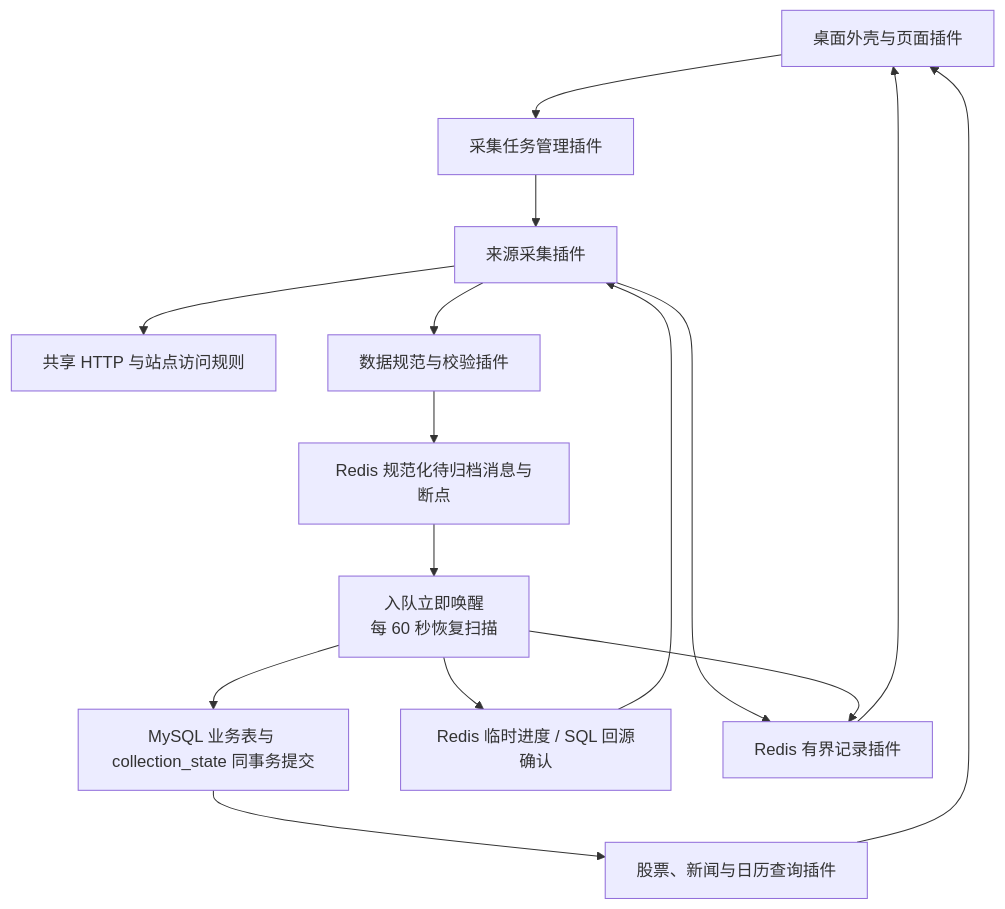
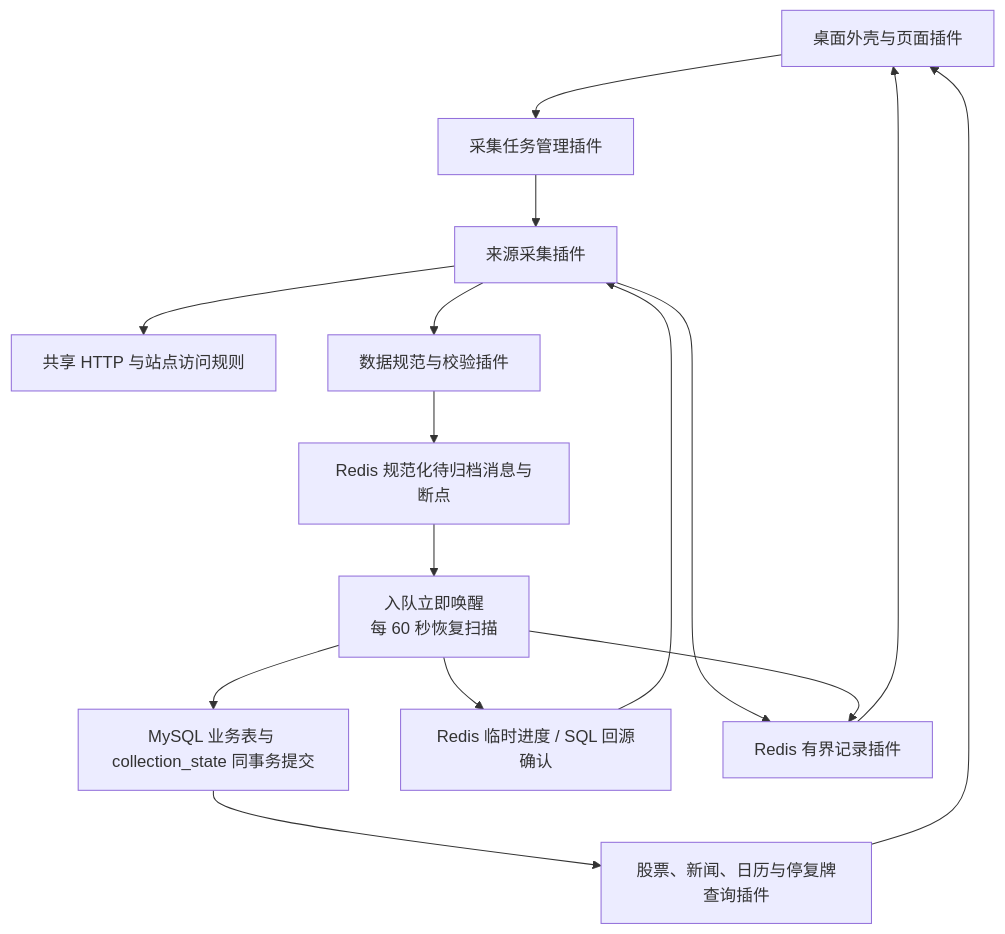
Before and after one commit to xiejiechun/empire: the diagram in docs/architecture.md, drawn with Mermaid. The commit also changed other lines of this file and 440 other files, not shown here.

````diff
--- a/docs/architecture.md
+++ b/docs/architecture.md
@@ -26,17 +30,17 @@
 ```mermaid
 flowchart TB
     UI[桌面外壳与页面插件] --> CONTROL[采集任务管理插件]
     CONTROL --> SOURCE[来源采集插件]
     SOURCE --> HTTP[共享 HTTP 与站点访问规则]
     SOURCE --> NORMAL[数据规范与校验插件]
     NORMAL --> QUEUE[Redis 规范化待归档消息与断点]
     QUEUE --> ARCHIVE[入队立即唤醒<br/>每 60 秒恢复扫描]
     ARCHIVE --> MYSQL[MySQL 业务表与 collection_state 同事务提交]
-    MYSQL --> QUERY[股票、新闻与日历查询插件]
+    MYSQL --> QUERY[股票、新闻、日历与停复牌查询插件]
     QUERY --> UI
     ARCHIVE --> CONFIRM[Redis 临时进度 / SQL 回源确认]
     CONFIRM --> SOURCE
     SOURCE --> RECORDS[Redis 有界记录插件]
     ARCHIVE --> RECORDS
     RECORDS --> UI
 ```
````
